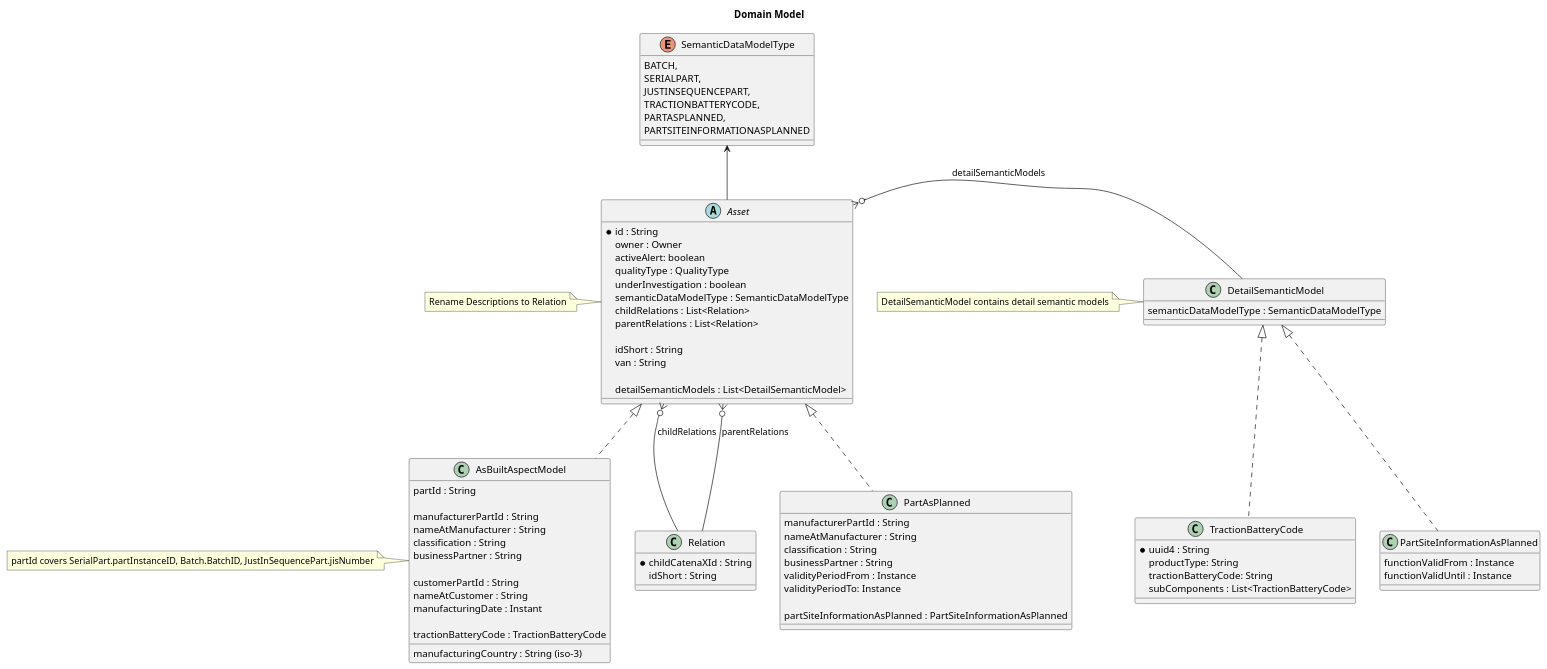
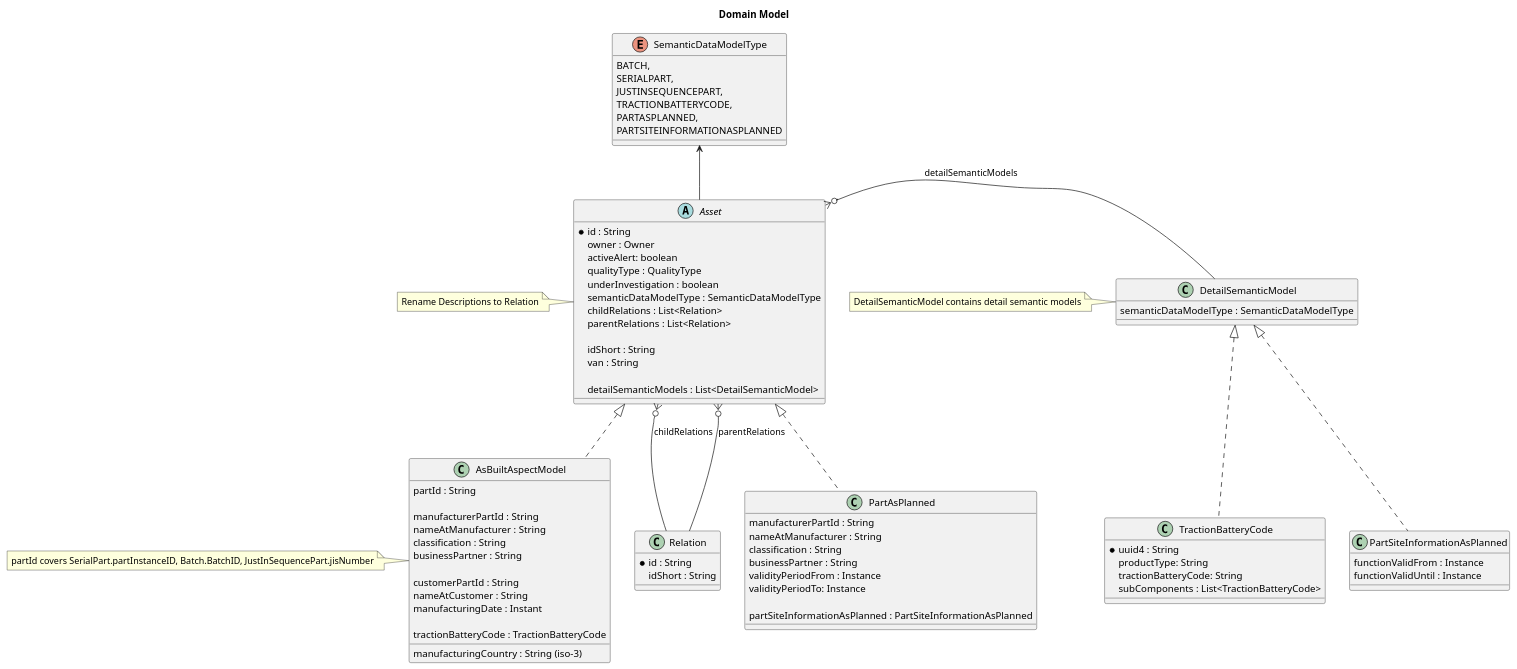
The diagram in docs/src/uml-diagrams/concept/TRACEFOSS-1423/domain-model.puml (eclipse-tractusx/traceability-foss), drawn with PlantUML before and after one commit.

Commit message:
fix(diagram):[TRACEFOSS-1423] fix id

```diff
--- a/docs/src/uml-diagrams/concept/TRACEFOSS-1423/domain-model.puml
+++ b/docs/src/uml-diagrams/concept/TRACEFOSS-1423/domain-model.puml
@@ -1,112 +1,112 @@
 @startuml
 
 title: Domain Model
 
 
 abstract Asset {
         *   id : String
         owner : Owner
         activeAlert: boolean
         qualityType : QualityType
         underInvestigation : boolean
         semanticDataModelType : SemanticDataModelType
         childRelations : List<Relation>
         parentRelations : List<Relation>
 
         idShort : String
         van : String
 
         detailSemanticModels : List<DetailSemanticModel>
 }
 
 note left
     Rename Descriptions to Relation
 end note
 
 
 class DetailSemanticModel {
     semanticDataModelType : SemanticDataModelType
 }
 note left
     DetailSemanticModel contains detail semantic models
 end note
 
 
 class Relation {
-       *   childCatenaXId : String
+       *   id : String
        idShort : String
 }
 
 enum SemanticDataModelType {
     BATCH,
     SERIALPART,
     JUSTINSEQUENCEPART,
     TRACTIONBATTERYCODE,
     PARTASPLANNED,
     PARTSITEINFORMATIONASPLANNED
 }
 
 
 class AsBuiltAspectModel {
     partId : String /' BatchID ,  jisNumber , partInstanceID'/
 
     manufacturerPartId : String /' partTypeInformation.manufacturerPartId '/
     nameAtManufacturer : String /' partTypeInformation.nameAtManufacturer '/
     classification : String /' partTypeInformation.classification '/
     businessPartner : String /' BusinessPartner '/
 
     customerPartId : String
     nameAtCustomer : String
     manufacturingCountry : String (iso-3)
     manufacturingDate : Instant
 
     tractionBatteryCode : TractionBatteryCode
 
 }
 
 note left
     partId covers SerialPart.partInstanceID, Batch.BatchID, JustInSequencePart.jisNumber
 end note
 
 class TractionBatteryCode {
     * uuid4 : String /' UUID ID '/
     productType: String
     tractionBatteryCode: String
     subComponents : List<TractionBatteryCode>
 }
 
 class PartAsPlanned {
     manufacturerPartId : String /' partTypeInformation.manufacturerPartId '/
     nameAtManufacturer : String /' partTypeInformation.nameAtManufacturer '/
     classification : String /' partTypeInformation.classification '/
     businessPartner : String /' BusinessPartner '/
 /'
     1.0.0
 '/
     validityPeriodFrom : Instance
     validityPeriodTo: Instance
 
     partSiteInformationAsPlanned : PartSiteInformationAsPlanned
 }
 
 class PartSiteInformationAsPlanned {
 /'
     1.0.0
     Currently this is not ready for implementing - there is no specification right now.
 '/
     functionValidFrom : Instance
     functionValidUntil : Instance
 
 }
 
 
 SemanticDataModelType <-- Asset
 Asset <|.. AsBuiltAspectModel
 Asset <|.. PartAsPlanned
 
 Asset }o-- Relation : childRelations
 Asset }o--  Relation : parentRelations
 Asset }o- DetailSemanticModel : detailSemanticModels
 DetailSemanticModel  <|.. TractionBatteryCode
 DetailSemanticModel  <|..  PartSiteInformationAsPlanned
 @enduml
```
